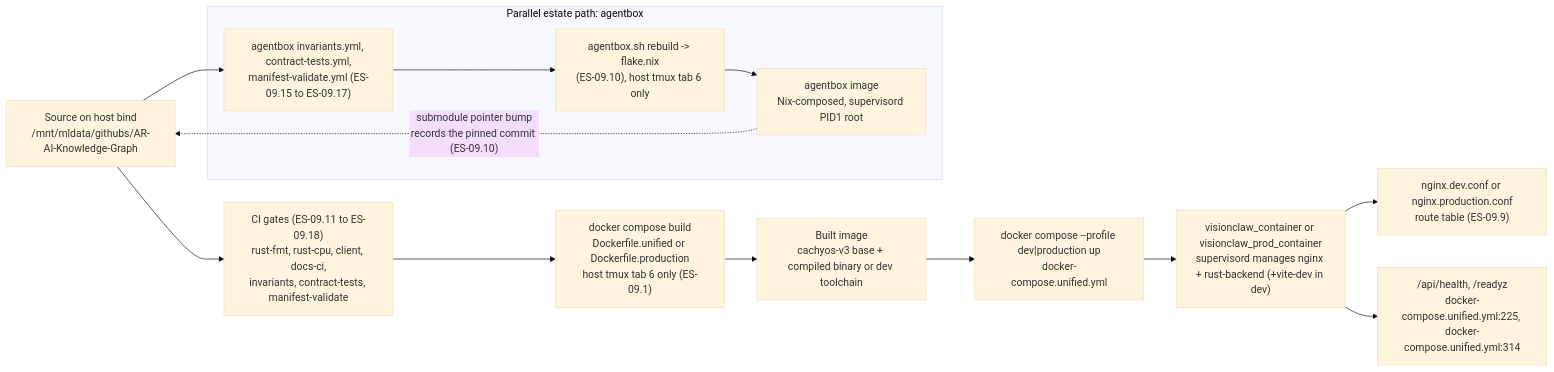
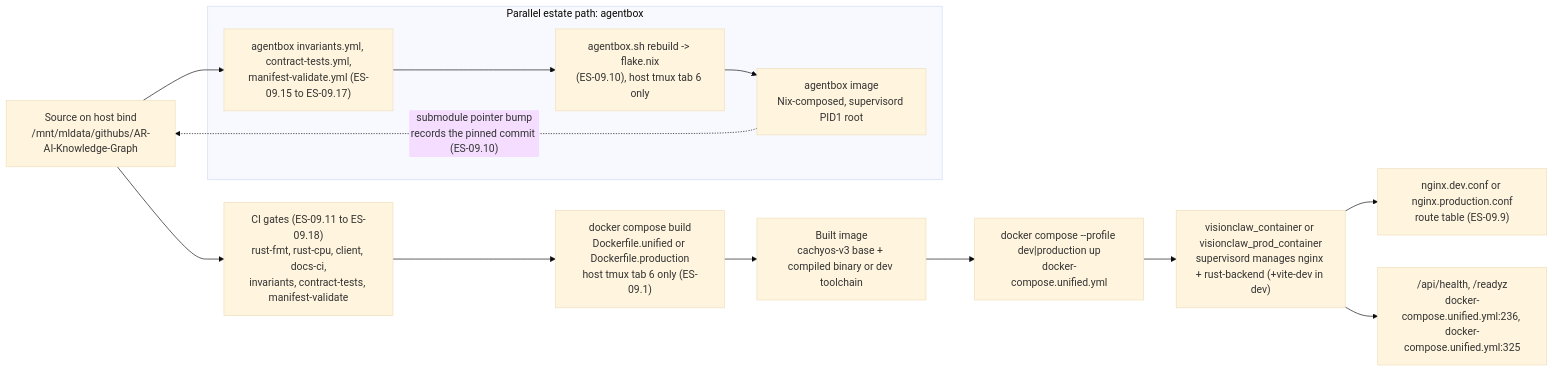
Diagram 19 of 24 in docs/diagrams/estate/09-build-deploy-and-ci-estate.md (DreamLab-AI/VisionFlow), drawn with Mermaid (base theme) before and after one commit. The commit also changed other lines of this file and 142 other files, not shown here.

First line of the commit message:
docs(diagrams): one System One route; re-verify 140 topics at today's heads

````diff
--- a/docs/diagrams/estate/09-build-deploy-and-ci-estate.md
+++ b/docs/diagrams/estate/09-build-deploy-and-ci-estate.md
@@ -679,27 +679,27 @@
 ```mermaid
 flowchart LR
     SRC["Source on host bind<br/>/mnt/mldata/githubs/AR-AI-Knowledge-Graph"]
     CIGATE["CI gates (ES-09.11 to ES-09.18)<br/>rust-fmt, rust-cpu, client, docs-ci,<br/>invariants, contract-tests, manifest-validate"]
     DOCKERBUILD["docker compose build<br/>Dockerfile.unified or Dockerfile.production<br/>host tmux tab 6 only (ES-09.1)"]
     IMAGE["Built image<br/>cachyos-v3 base + compiled binary or dev toolchain"]
     COMPOSEUP["docker compose --profile dev|production up<br/>docker-compose.unified.yml"]
     CONTAINER["visionclaw_container or visionclaw_prod_container<br/>supervisord manages nginx + rust-backend (+vite-dev in dev)"]
     NGINXROUTE["nginx.dev.conf or nginx.production.conf<br/>route table (ES-09.9)"]
-    HEALTH["/api/health, /readyz<br/>docker-compose.unified.yml:225, docker-compose.unified.yml:314"]
+    HEALTH["/api/health, /readyz<br/>docker-compose.unified.yml:236, docker-compose.unified.yml:325"]
 
     SRC --> CIGATE
     CIGATE --> DOCKERBUILD
     DOCKERBUILD --> IMAGE
     IMAGE --> COMPOSEUP
     COMPOSEUP --> CONTAINER
     CONTAINER --> NGINXROUTE
     CONTAINER --> HEALTH
 
     subgraph AGENTBOXPARALLEL["Parallel estate path: agentbox"]
         ABGATE["agentbox invariants.yml, contract-tests.yml,<br/>manifest-validate.yml (ES-09.15 to ES-09.17)"]
         ABFLAKE["agentbox.sh rebuild -> flake.nix<br/>(ES-09.10), host tmux tab 6 only"]
         ABIMAGE["agentbox image<br/>Nix-composed, supervisord PID1 root"]
     end
     SRC --> ABGATE --> ABFLAKE --> ABIMAGE
     ABIMAGE -.->|"submodule pointer bump<br/>records the pinned commit (ES-09.10)"| SRC
 ```
````
